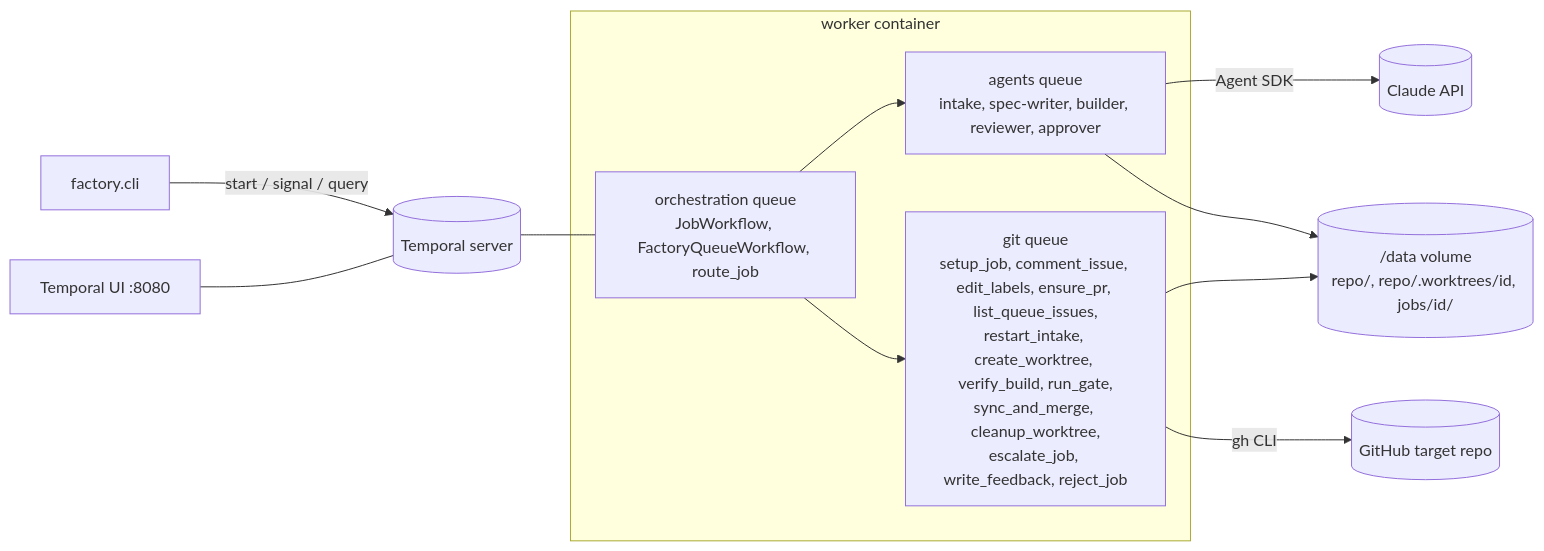
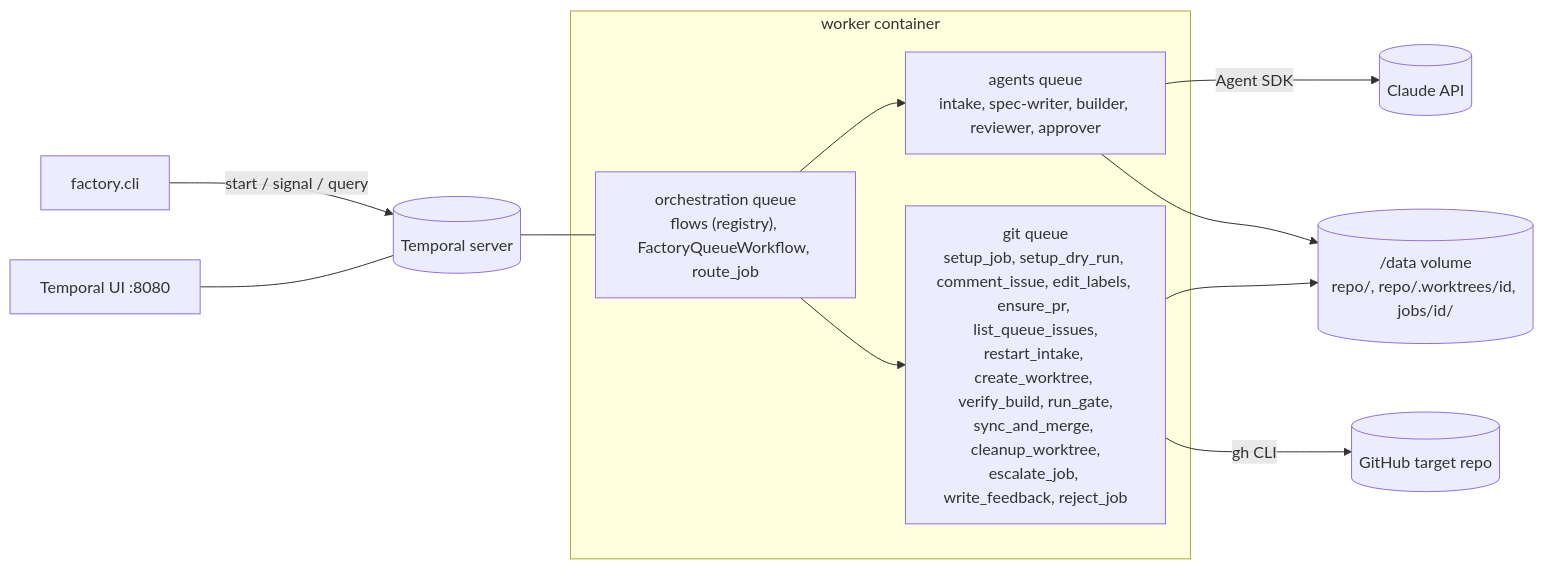
The diagram in features/temporal_factory/Pipeline flow.md (tfiling/temporal-factory), drawn with Mermaid before and after one commit. The commit also changed other lines of this file and 68 other files, not shown here.

````diff
--- a/features/temporal_factory/Pipeline flow.md
+++ b/features/temporal_factory/Pipeline flow.md
@@ -74,17 +36,17 @@
 ```mermaid
 flowchart LR
     cli[factory.cli] -->|start / signal / query| temporal[(Temporal server)]
     ui[Temporal UI :8080] --- temporal
     temporal --- orch
 
     subgraph worker [worker container]
-        orch["orchestration queue<br/>JobWorkflow, FactoryQueueWorkflow, route_job"]
+        orch["orchestration queue<br/>flows (registry), FactoryQueueWorkflow, route_job"]
         agents["agents queue<br/>intake, spec-writer, builder, reviewer, approver"]
-        git["git queue<br/>setup_job, comment_issue, edit_labels, ensure_pr, list_queue_issues,<br/>restart_intake, create_worktree, verify_build, run_gate,<br/>sync_and_merge, cleanup_worktree,<br/>escalate_job, write_feedback, reject_job"]
+        git["git queue<br/>setup_job, setup_dry_run, comment_issue, edit_labels, ensure_pr, list_queue_issues,<br/>restart_intake, create_worktree, verify_build, run_gate,<br/>sync_and_merge, cleanup_worktree,<br/>escalate_job, write_feedback, reject_job"]
     end
 
     orch --> agents & git
     agents -->|Agent SDK| claude[(Claude API)]
     git -->|gh CLI| github[(GitHub target repo)]
     agents & git --> data[("/data volume<br/>repo/, repo/.worktrees/id, jobs/id/")]
 ```
````
